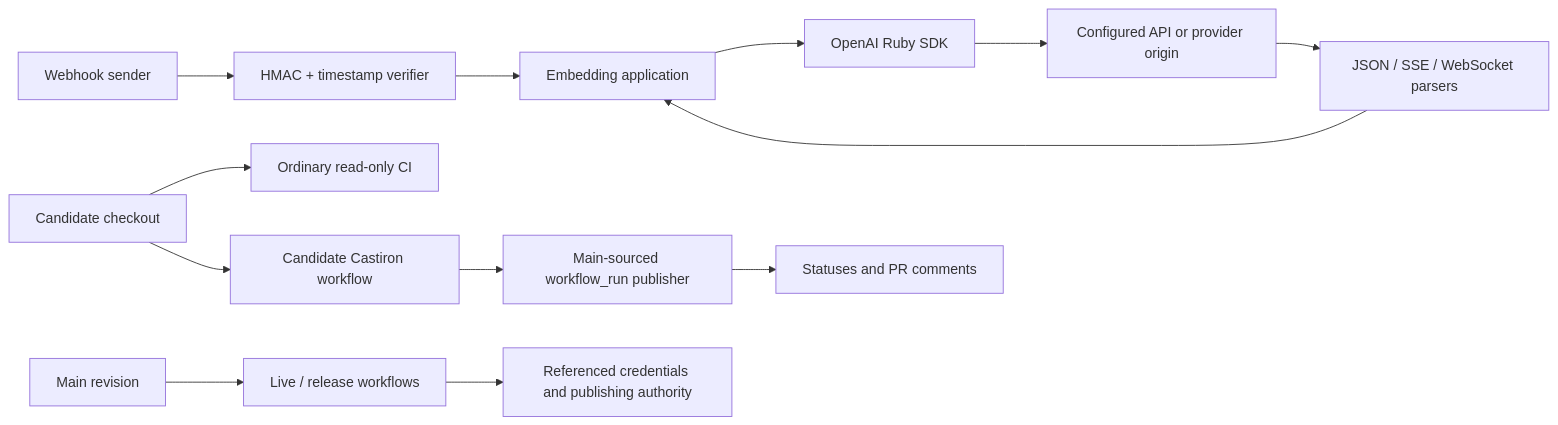
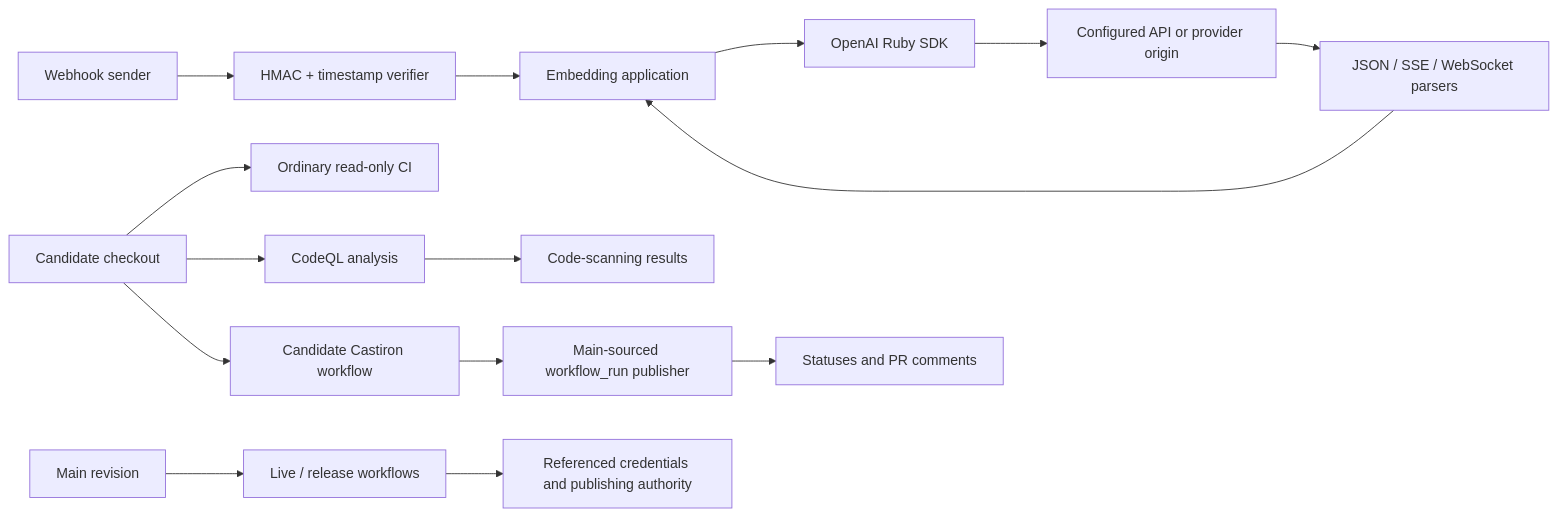
The diagram in docs/architecture/security-model.md (openai/openai-ruby), drawn with Mermaid before and after one commit. The commit also changed other lines of this file, not shown here.

Commit message:
docs: expand security model coverage

````diff
--- a/docs/architecture/security-model.md
+++ b/docs/architecture/security-model.md
@@ -28,15 +28,17 @@
 ```mermaid
 flowchart LR
   Caller[Embedding application] --> SDK[OpenAI Ruby SDK]
   SDK --> API[Configured API or provider origin]
   API --> Parser[JSON / SSE / WebSocket parsers]
   Parser --> Caller
   Webhook[Webhook sender] --> Verify[HMAC + timestamp verifier]
   Verify --> Caller
   PR[Candidate checkout] --> CI[Ordinary read-only CI]
+  PR --> CodeQL[CodeQL analysis]
+  CodeQL --> SecurityEvents[Code-scanning results]
   PR --> Castiron[Candidate Castiron workflow]
   Castiron --> Trusted[Main-sourced workflow_run publisher]
   Trusted --> GitHub[Statuses and PR comments]
   Main[Main revision] --> Live[Live / release workflows]
   Live --> Secrets[Referenced credentials and publishing authority]
 ```
````
